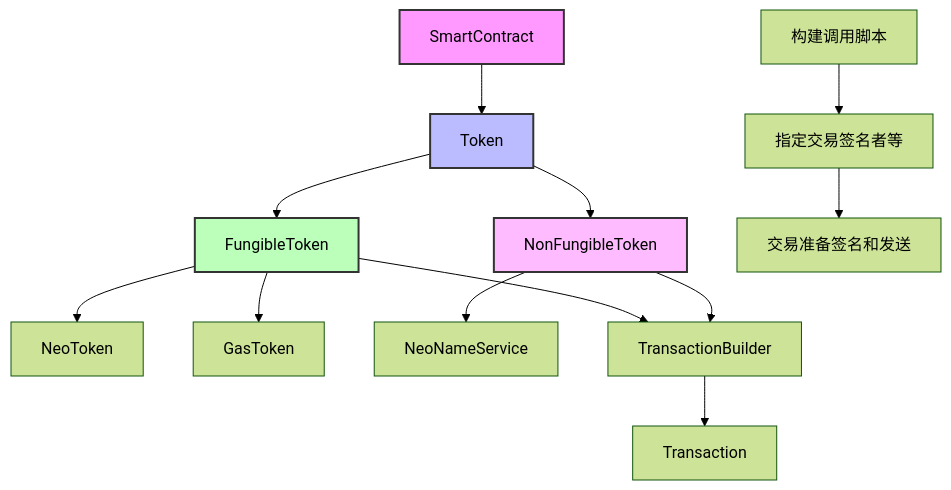
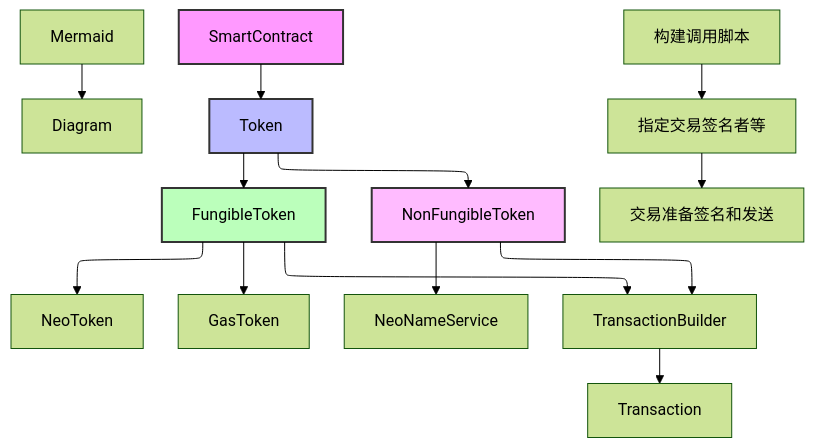
The diagram in neo/java/dapp-kai-fa/dai-bi-he-yue.md (OS-Lihua/gitbook), drawn with Mermaid (forest theme) before and after one commit.

Commit message:
GITBOOK-7: No subject

````diff
--- a/neo/java/dapp-kai-fa/dai-bi-he-yue.md
+++ b/neo/java/dapp-kai-fa/dai-bi-he-yue.md
@@ -7,19 +7,25 @@
 ```mermaid
-graph TB
-    A[SmartContract] --> B[Token]
-    B --> C[FungibleToken]
-    B --> D[NonFungibleToken]
-    C --> E[NeoToken]
-    C --> F[GasToken]
-    D --> G[NeoNameService]
+---
+config:
+  layout: elk
+---
+graph TD
+  Mermaid --> Diagram
+  A[SmartContract] --> B[Token]   
+  B --> C[FungibleToken]
+  B --> D[NonFungibleToken]
+  C --> E[NeoToken]
+  C --> F[GasToken]
+  D --> G[NeoNameService]
     
-    H[构建调用脚本] --> I[指定交易签名者等] --> J[交易准备签名和发送]
-    C --> K[TransactionBuilder]
-    D --> K
-    K --> L[Transaction]
+  H[构建调用脚本] --> I[指定交易签名者等] --> J[交易准备签名和发送]
+  C --> K[TransactionBuilder]
+  D --> K
+  K --> L[Transaction]
     
-    style A fill:#f9f,stroke:#333,stroke-width:2px
-    style B fill:#bbf,stroke:#333,stroke-width:2px
-    style C fill:#bfb,stroke:#333,stroke-width:2px
-    style D fill:#fbf,stroke:#333,stroke-width:2px
+  style A fill:#f9f,stroke:#333,stroke-width:2px
+  style B fill:#bbf,stroke:#333,stroke-width:2px
+  style C fill:#bfb,stroke:#333,stroke-width:2px
+  style D fill:#fbf,stroke:#333,stroke-width:2px
+
 ```
````
